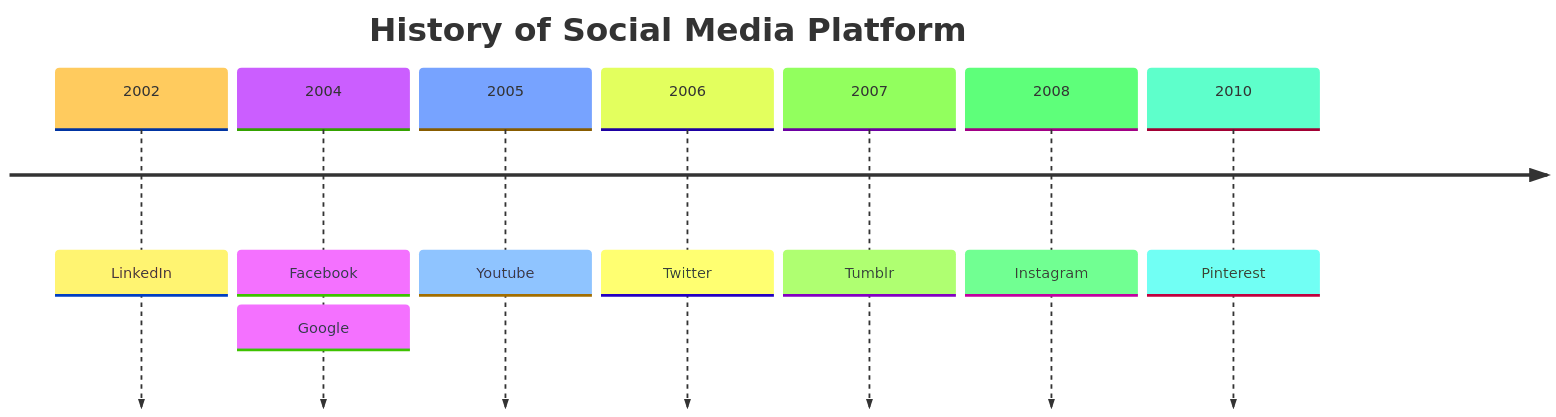
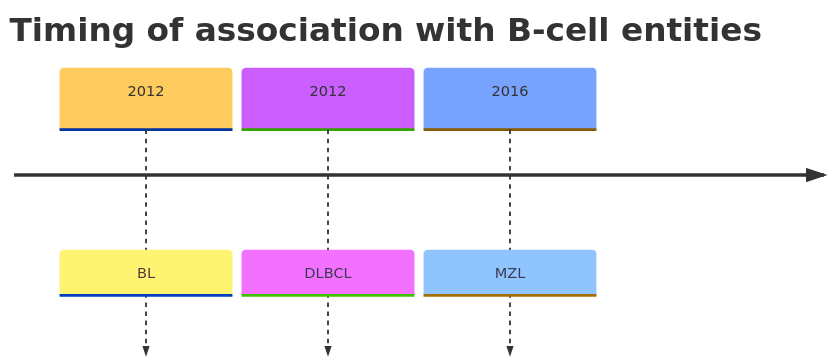
One commit to morinlab/lymphopedia changed the diagram in ID3.md. Above: the diagram before and after it, drawn with Mermaid.

Commit message:
Updated ID3 (markdown)

````diff
--- a/ID3.md
+++ b/ID3.md
@@ -5,12 +5,8 @@
 ```mermaid
 %%{init: { 'logLevel': 'debug', 'theme': 'base' } }%%
     timeline
-        title History of Social Media Platform
-          2002 : LinkedIn
-          2004 : Facebook : Google
-          2005 : Youtube
-          2006 : Twitter
-          2007 : Tumblr
-          2008 : Instagram
-          2010 : Pinterest
+        title Timing of association with B-cell entities
+          2012 : BL
+          2012 : DLBCL
+          2016 : MZL
 ```
````
